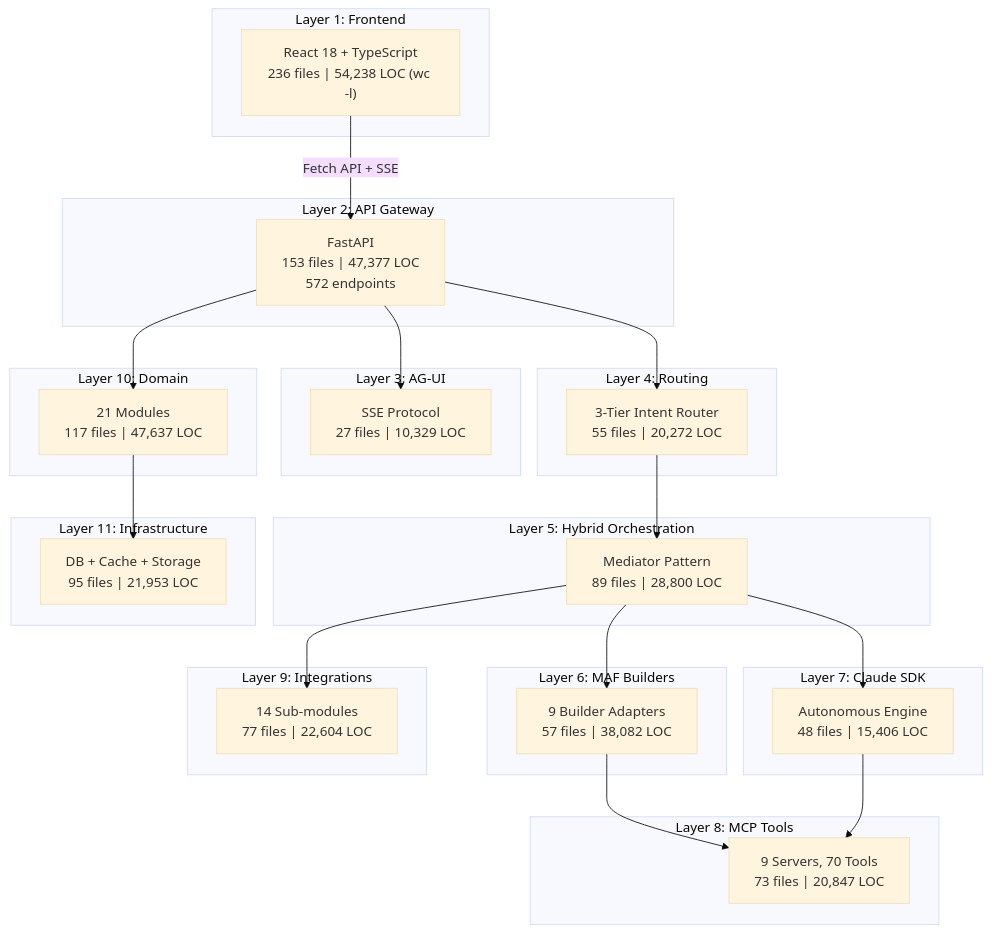
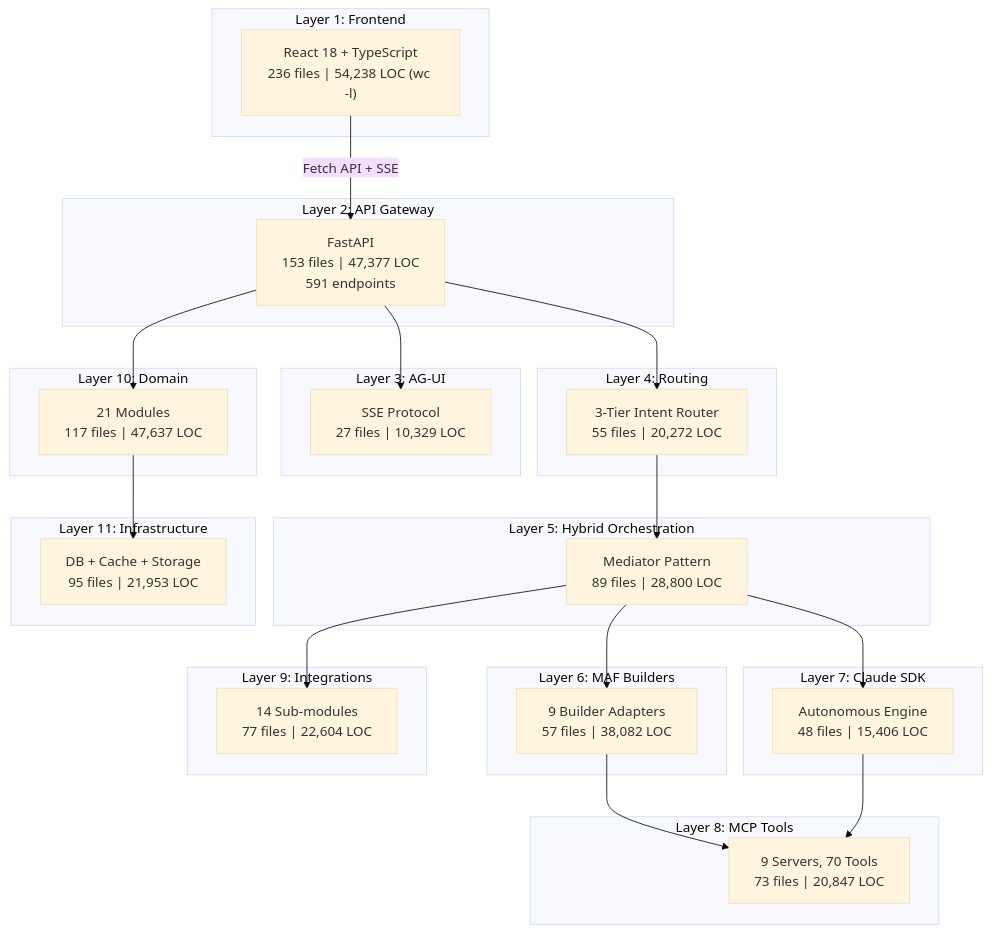
Before and after one commit to laitim2001/ai-semantic-kernel-framework-project: the diagram in docs/07-analysis/V9/00-stats.md, drawn with Mermaid (base theme). The commit also changed other lines of this file and 10 other files, not shown here.

````diff
--- a/docs/07-analysis/V9/00-stats.md
+++ b/docs/07-analysis/V9/00-stats.md
@@ -21,48 +21,48 @@
 ```mermaid
 graph TB
     subgraph "Layer 1: Frontend"
         FE["React 18 + TypeScript<br/>236 files | 54,238 LOC (wc -l)"]
     end
     subgraph "Layer 2: API Gateway"
-        API["FastAPI<br/>153 files | 47,377 LOC<br/>572 endpoints"]
+        API["FastAPI<br/>153 files | 47,377 LOC<br/>591 endpoints"]
     end
     subgraph "Layer 3: AG-UI"
         AGUI["SSE Protocol<br/>27 files | 10,329 LOC"]
     end
     subgraph "Layer 4: Routing"
         ROUTE["3-Tier Intent Router<br/>55 files | 20,272 LOC"]
     end
     subgraph "Layer 5: Hybrid Orchestration"
         HYBRID["Mediator Pattern<br/>89 files | 28,800 LOC"]
     end
     subgraph "Layer 6: MAF Builders"
         MAF["9 Builder Adapters<br/>57 files | 38,082 LOC"]
     end
     subgraph "Layer 7: Claude SDK"
         CLAUDE["Autonomous Engine<br/>48 files | 15,406 LOC"]
     end
     subgraph "Layer 8: MCP Tools"
         MCP["9 Servers, 70 Tools<br/>73 files | 20,847 LOC"]
     end
     subgraph "Layer 9: Integrations"
         INT["14 Sub-modules<br/>77 files | 22,604 LOC"]
     end
     subgraph "Layer 10: Domain"
         DOM["21 Modules<br/>117 files | 47,637 LOC"]
     end
     subgraph "Layer 11: Infrastructure"
         INFRA["DB + Cache + Storage<br/>95 files | 21,953 LOC"]
     end
 
     FE -->|"Fetch API + SSE"| API
     API --> AGUI
     API --> ROUTE
     ROUTE --> HYBRID
     HYBRID --> MAF
     HYBRID --> CLAUDE
     MAF --> MCP
     CLAUDE --> MCP
     HYBRID --> INT
     API --> DOM
     DOM --> INFRA
 ```
````
